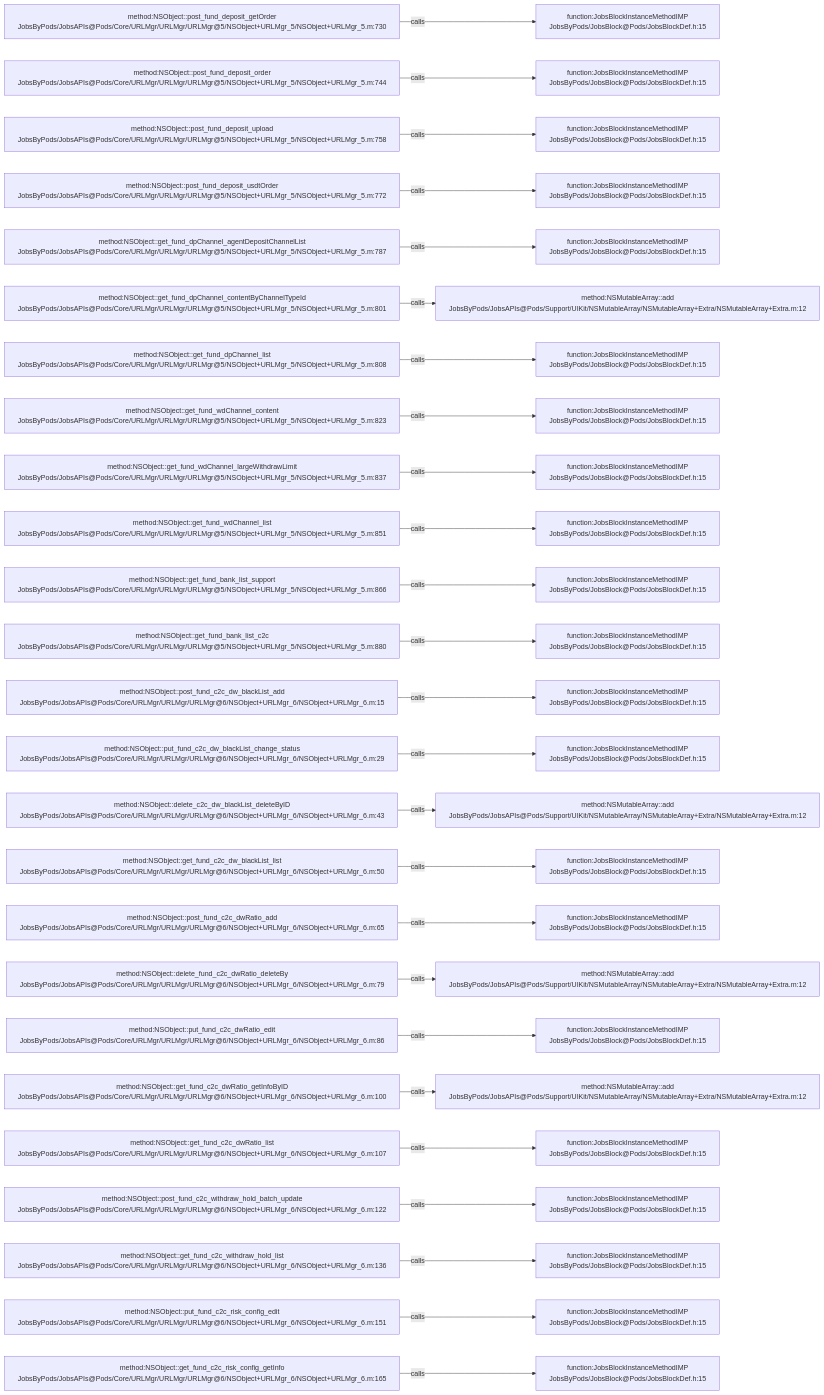
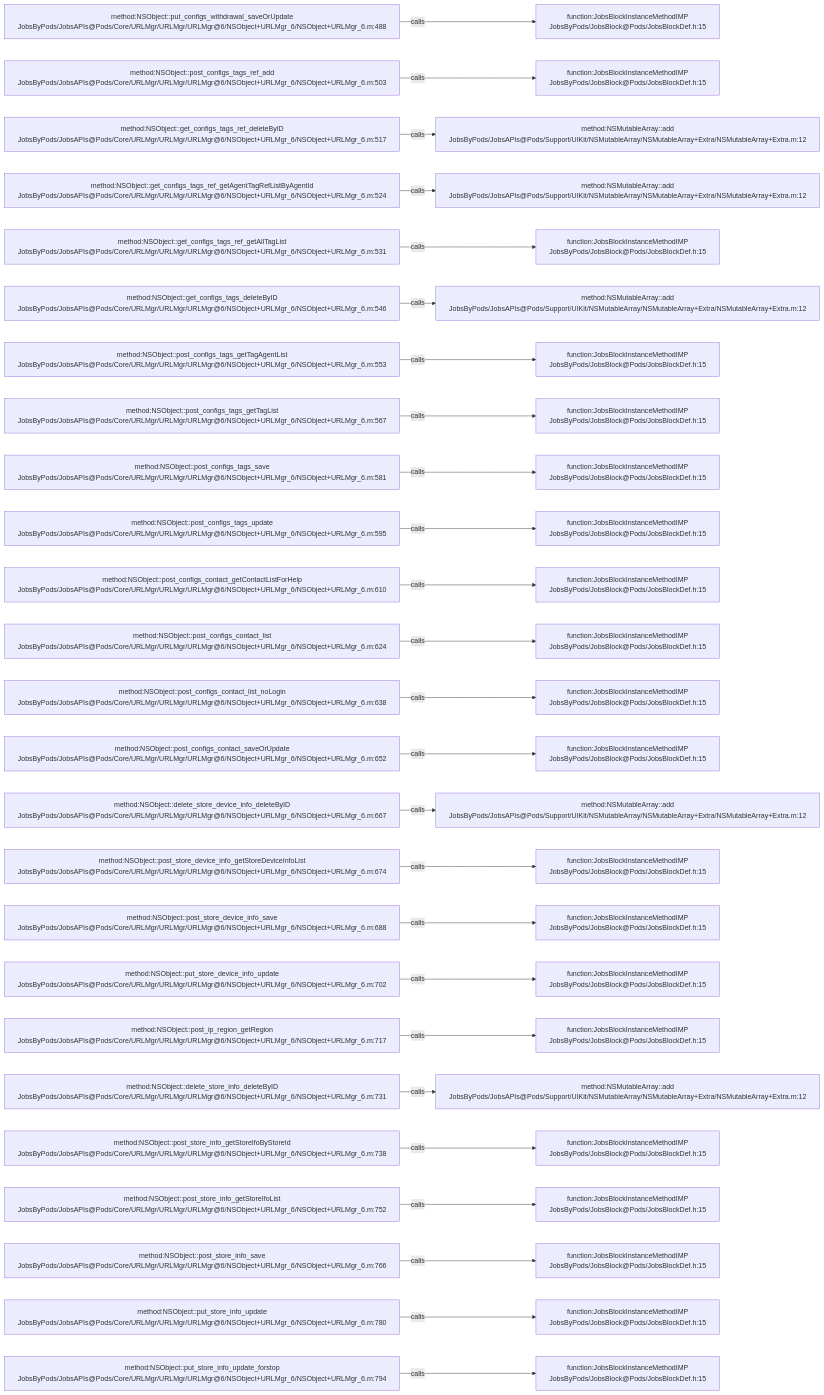
The diagram in .codegraph/codegraph.md/graphs/calls-066.md (JobsKits/JobsOCBaseConfigDemo), drawn with Mermaid before and after one commit. The commit also changed 223 other files, not shown here.

````diff
--- a/.codegraph/codegraph.md/graphs/calls-066.md
+++ b/.codegraph/codegraph.md/graphs/calls-066.md
@@ -13,78 +13,78 @@
 ```mermaid
 flowchart LR
-  S1["method:NSObject::post_fund_deposit_getOrder<br/>JobsByPods/JobsAPIs@Pods/Core/URLMgr/URLMgr/URLMgr@5/NSObject+URLMgr_5/NSObject+URLMgr_5.m:730"]
+  S1["method:NSObject::put_configs_withdrawal_saveOrUpdate<br/>JobsByPods/JobsAPIs@Pods/Core/URLMgr/URLMgr/URLMgr@6/NSObject+URLMgr_6/NSObject+URLMgr_6.m:488"]
   T1["function:JobsBlockInstanceMethodIMP<br/>JobsByPods/JobsBlock@Pods/JobsBlockDef.h:15"]
   S1 -->|calls| T1
-  S2["method:NSObject::post_fund_deposit_order<br/>JobsByPods/JobsAPIs@Pods/Core/URLMgr/URLMgr/URLMgr@5/NSObject+URLMgr_5/NSObject+URLMgr_5.m:744"]
+  S2["method:NSObject::post_configs_tags_ref_add<br/>JobsByPods/JobsAPIs@Pods/Core/URLMgr/URLMgr/URLMgr@6/NSObject+URLMgr_6/NSObject+URLMgr_6.m:503"]
   T2["function:JobsBlockInstanceMethodIMP<br/>JobsByPods/JobsBlock@Pods/JobsBlockDef.h:15"]
   S2 -->|calls| T2
-  S3["method:NSObject::post_fund_deposit_upload<br/>JobsByPods/JobsAPIs@Pods/Core/URLMgr/URLMgr/URLMgr@5/NSObject+URLMgr_5/NSObject+URLMgr_5.m:758"]
-  T3["function:JobsBlockInstanceMethodIMP<br/>JobsByPods/JobsBlock@Pods/JobsBlockDef.h:15"]
+  S3["method:NSObject::get_configs_tags_ref_deleteByID<br/>JobsByPods/JobsAPIs@Pods/Core/URLMgr/URLMgr/URLMgr@6/NSObject+URLMgr_6/NSObject+URLMgr_6.m:517"]
+  T3["method:NSMutableArray::add<br/>JobsByPods/JobsAPIs@Pods/Support/UIKit/NSMutableArray/NSMutableArray+Extra/NSMutableArray+Extra.m:12"]
   S3 -->|calls| T3
-  S4["method:NSObject::post_fund_deposit_usdtOrder<br/>JobsByPods/JobsAPIs@Pods/Core/URLMgr/URLMgr/URLMgr@5/NSObject+URLMgr_5/NSObject+URLMgr_5.m:772"]
-  T4["function:JobsBlockInstanceMethodIMP<br/>JobsByPods/JobsBlock@Pods/JobsBlockDef.h:15"]
+  S4["method:NSObject::get_configs_tags_ref_getAgentTagRefListByAgentId<br/>JobsByPods/JobsAPIs@Pods/Core/URLMgr/URLMgr/URLMgr@6/NSObject+URLMgr_6/NSObject+URLMgr_6.m:524"]
+  T4["method:NSMutableArray::add<br/>JobsByPods/JobsAPIs@Pods/Support/UIKit/NSMutableArray/NSMutableArray+Extra/NSMutableArray+Extra.m:12"]
   S4 -->|calls| T4
-  S5["method:NSObject::get_fund_dpChannel_agentDepositChannelList<br/>JobsByPods/JobsAPIs@Pods/Core/URLMgr/URLMgr/URLMgr@5/NSObject+URLMgr_5/NSObject+URLMgr_5.m:787"]
+  S5["method:NSObject::get_configs_tags_ref_getAllTagList<br/>JobsByPods/JobsAPIs@Pods/Core/URLMgr/URLMgr/URLMgr@6/NSObject+URLMgr_6/NSObject+URLMgr_6.m:531"]
   T5["function:JobsBlockInstanceMethodIMP<br/>JobsByPods/JobsBlock@Pods/JobsBlockDef.h:15"]
   S5 -->|calls| T5
-  S6["method:NSObject::get_fund_dpChannel_contentByChannelTypeId<br/>JobsByPods/JobsAPIs@Pods/Core/URLMgr/URLMgr/URLMgr@5/NSObject+URLMgr_5/NSObject+URLMgr_5.m:801"]
+  S6["method:NSObject::get_configs_tags_deleteByID<br/>JobsByPods/JobsAPIs@Pods/Core/URLMgr/URLMgr/URLMgr@6/NSObject+URLMgr_6/NSObject+URLMgr_6.m:546"]
   T6["method:NSMutableArray::add<br/>JobsByPods/JobsAPIs@Pods/Support/UIKit/NSMutableArray/NSMutableArray+Extra/NSMutableArray+Extra.m:12"]
   S6 -->|calls| T6
-  S7["method:NSObject::get_fund_dpChannel_list<br/>JobsByPods/JobsAPIs@Pods/Core/URLMgr/URLMgr/URLMgr@5/NSObject+URLMgr_5/NSObject+URLMgr_5.m:808"]
+  S7["method:NSObject::post_configs_tags_getTagAgentList<br/>JobsByPods/JobsAPIs@Pods/Core/URLMgr/URLMgr/URLMgr@6/NSObject+URLMgr_6/NSObject+URLMgr_6.m:553"]
   T7["function:JobsBlockInstanceMethodIMP<br/>JobsByPods/JobsBlock@Pods/JobsBlockDef.h:15"]
   S7 -->|calls| T7
-  S8["method:NSObject::get_fund_wdChannel_content<br/>JobsByPods/JobsAPIs@Pods/Core/URLMgr/URLMgr/URLMgr@5/NSObject+URLMgr_5/NSObject+URLMgr_5.m:823"]
+  S8["method:NSObject::post_configs_tags_getTagList<br/>JobsByPods/JobsAPIs@Pods/Core/URLMgr/URLMgr/URLMgr@6/NSObject+URLMgr_6/NSObject+URLMgr_6.m:567"]
   T8["function:JobsBlockInstanceMethodIMP<br/>JobsByPods/JobsBlock@Pods/JobsBlockDef.h:15"]
   S8 -->|calls| T8
-  S9["method:NSObject::get_fund_wdChannel_largeWithdrawLimit<br/>JobsByPods/JobsAPIs@Pods/Core/URLMgr/URLMgr/URLMgr@5/NSObject+URLMgr_5/NSObject+URLMgr_5.m:837"]
+  S9["method:NSObject::post_configs_tags_save<br/>JobsByPods/JobsAPIs@Pods/Core/URLMgr/URLMgr/URLMgr@6/NSObject+URLMgr_6/NSObject+URLMgr_6.m:581"]
   T9["function:JobsBlockInstanceMethodIMP<br/>JobsByPods/JobsBlock@Pods/JobsBlockDef.h:15"]
   S9 -->|calls| T9
-  S10["method:NSObject::get_fund_wdChannel_list<br/>JobsByPods/JobsAPIs@Pods/Core/URLMgr/URLMgr/URLMgr@5/NSObject+URLMgr_5/NSObject+URLMgr_5.m:851"]
+  S10["method:NSObject::post_configs_tags_update<br/>JobsByPods/JobsAPIs@Pods/Core/URLMgr/URLMgr/URLMgr@6/NSObject+URLMgr_6/NSObject+URLMgr_6.m:595"]
   T10["function:JobsBlockInstanceMethodIMP<br/>JobsByPods/JobsBlock@Pods/JobsBlockDef.h:15"]
   S10 -->|calls| T10
-  S11["method:NSObject::get_fund_bank_list_support<br/>JobsByPods/JobsAPIs@Pods/Core/URLMgr/URLMgr/URLMgr@5/NSObject+URLMgr_5/NSObject+URLMgr_5.m:866"]
+  S11["method:NSObject::post_configs_contact_getContactListForHelp<br/>JobsByPods/JobsAPIs@Pods/Core/URLMgr/URLMgr/URLMgr@6/NSObject+URLMgr_6/NSObject+URLMgr_6.m:610"]
   T11["function:JobsBlockInstanceMethodIMP<br/>JobsByPods/JobsBlock@Pods/JobsBlockDef.h:15"]
   S11 -->|calls| T11
-  S12["method:NSObject::get_fund_bank_list_c2c<br/>JobsByPods/JobsAPIs@Pods/Core/URLMgr/URLMgr/URLMgr@5/NSObject+URLMgr_5/NSObject+URLMgr_5.m:880"]
+  S12["method:NSObject::post_configs_contact_list<br/>JobsByPods/JobsAPIs@Pods/Core/URLMgr/URLMgr/URLMgr@6/NSObject+URLMgr_6/NSObject+URLMgr_6.m:624"]
   T12["function:JobsBlockInstanceMethodIMP<br/>JobsByPods/JobsBlock@Pods/JobsBlockDef.h:15"]
   S12 -->|calls| T12
-  S13["method:NSObject::post_fund_c2c_dw_blackList_add<br/>JobsByPods/JobsAPIs@Pods/Core/URLMgr/URLMgr/URLMgr@6/NSObject+URLMgr_6/NSObject+URLMgr_6.m:15"]
+  S13["method:NSObject::post_configs_contact_list_noLogin<br/>JobsByPods/JobsAPIs@Pods/Core/URLMgr/URLMgr/URLMgr@6/NSObject+URLMgr_6/NSObject+URLMgr_6.m:638"]
   T13["function:JobsBlockInstanceMethodIMP<br/>JobsByPods/JobsBlock@Pods/JobsBlockDef.h:15"]
   S13 -->|calls| T13
-  S14["method:NSObject::put_fund_c2c_dw_blackList_change_status<br/>JobsByPods/JobsAPIs@Pods/Core/URLMgr/URLMgr/URLMgr@6/NSObject+URLMgr_6/NSObject+URLMgr_6.m:29"]
+  S14["method:NSObject::post_configs_contact_saveOrUpdate<br/>JobsByPods/JobsAPIs@Pods/Core/URLMgr/URLMgr/URLMgr@6/NSObject+URLMgr_6/NSObject+URLMgr_6.m:652"]
   T14["function:JobsBlockInstanceMethodIMP<br/>JobsByPods/JobsBlock@Pods/JobsBlockDef.h:15"]
   S14 -->|calls| T14
-  S15["method:NSObject::delete_c2c_dw_blackList_deleteByID<br/>JobsByPods/JobsAPIs@Pods/Core/URLMgr/URLMgr/URLMgr@6/NSObject+URLMgr_6/NSObject+URLMgr_6.m:43"]
+  S15["method:NSObject::delete_store_device_info_deleteByID<br/>JobsByPods/JobsAPIs@Pods/Core/URLMgr/URLMgr/URLMgr@6/NSObject+URLMgr_6/NSObject+URLMgr_6.m:667"]
   T15["method:NSMutableArray::add<br/>JobsByPods/JobsAPIs@Pods/Support/UIKit/NSMutableArray/NSMutableArray+Extra/NSMutableArray+Extra.m:12"]
   S15 -->|calls| T15
-  S16["method:NSObject::get_fund_c2c_dw_blackList_list<br/>JobsByPods/JobsAPIs@Pods/Core/URLMgr/URLMgr/URLMgr@6/NSObject+URLMgr_6/NSObject+URLMgr_6.m:50"]
+  S16["method:NSObject::post_store_device_info_getStoreDeviceInfoList<br/>JobsByPods/JobsAPIs@Pods/Core/URLMgr/URLMgr/URLMgr@6/NSObject+URLMgr_6/NSObject+URLMgr_6.m:674"]
   T16["function:JobsBlockInstanceMethodIMP<br/>JobsByPods/JobsBlock@Pods/JobsBlockDef.h:15"]
   S16 -->|calls| T16
-  S17["method:NSObject::post_fund_c2c_dwRatio_add<br/>JobsByPods/JobsAPIs@Pods/Core/URLMgr/URLMgr/URLMgr@6/NSObject+URLMgr_6/NSObject+URLMgr_6.m:65"]
+  S17["method:NSObject::post_store_device_info_save<br/>JobsByPods/JobsAPIs@Pods/Core/URLMgr/URLMgr/URLMgr@6/NSObject+URLMgr_6/NSObject+URLMgr_6.m:688"]
   T17["function:JobsBlockInstanceMethodIMP<br/>JobsByPods/JobsBlock@Pods/JobsBlockDef.h:15"]
   S17 -->|calls| T17
-  S18["method:NSObject::delete_fund_c2c_dwRatio_deleteBy<br/>JobsByPods/JobsAPIs@Pods/Core/URLMgr/URLMgr/URLMgr@6/NSObject+URLMgr_6/NSObject+URLMgr_6.m:79"]
-  T18["method:NSMutableArray::add<br/>JobsByPods/JobsAPIs@Pods/Support/UIKit/NSMutableArray/NSMutableArray+Extra/NSMutableArray+Extra.m:12"]
+  S18["method:NSObject::put_store_device_info_update<br/>JobsByPods/JobsAPIs@Pods/Core/URLMgr/URLMgr/URLMgr@6/NSObject+URLMgr_6/NSObject+URLMgr_6.m:702"]
+  T18["function:JobsBlockInstanceMethodIMP<br/>JobsByPods/JobsBlock@Pods/JobsBlockDef.h:15"]
   S18 -->|calls| T18
-  S19["method:NSObject::put_fund_c2c_dwRatio_edit<br/>JobsByPods/JobsAPIs@Pods/Core/URLMgr/URLMgr/URLMgr@6/NSObject+URLMgr_6/NSObject+URLMgr_6.m:86"]
+  S19["method:NSObject::post_ip_region_getRegion<br/>JobsByPods/JobsAPIs@Pods/Core/URLMgr/URLMgr/URLMgr@6/NSObject+URLMgr_6/NSObject+URLMgr_6.m:717"]
   T19["function:JobsBlockInstanceMethodIMP<br/>JobsByPods/JobsBlock@Pods/JobsBlockDef.h:15"]
   S19 -->|calls| T19
-  S20["method:NSObject::get_fund_c2c_dwRatio_getInfoByID<br/>JobsByPods/JobsAPIs@Pods/Core/URLMgr/URLMgr/URLMgr@6/NSObject+URLMgr_6/NSObject+URLMgr_6.m:100"]
+  S20["method:NSObject::delete_store_info_deleteByID<br/>JobsByPods/JobsAPIs@Pods/Core/URLMgr/URLMgr/URLMgr@6/NSObject+URLMgr_6/NSObject+URLMgr_6.m:731"]
   T20["method:NSMutableArray::add<br/>JobsByPods/JobsAPIs@Pods/Support/UIKit/NSMutableArray/NSMutableArray+Extra/NSMutableArray+Extra.m:12"]
   S20 -->|calls| T20
-  S21["method:NSObject::get_fund_c2c_dwRatio_list<br/>JobsByPods/JobsAPIs@Pods/Core/URLMgr/URLMgr/URLMgr@6/NSObject+URLMgr_6/NSObject+URLMgr_6.m:107"]
+  S21["method:NSObject::post_store_info_getStoreIfoByStoreId<br/>JobsByPods/JobsAPIs@Pods/Core/URLMgr/URLMgr/URLMgr@6/NSObject+URLMgr_6/NSObject+URLMgr_6.m:738"]
   T21["function:JobsBlockInstanceMethodIMP<br/>JobsByPods/JobsBlock@Pods/JobsBlockDef.h:15"]
   S21 -->|calls| T21
-  S22["method:NSObject::post_fund_c2c_withdraw_hold_batch_update<br/>JobsByPods/JobsAPIs@Pods/Core/URLMgr/URLMgr/URLMgr@6/NSObject+URLMgr_6/NSObject+URLMgr_6.m:122"]
+  S22["method:NSObject::post_store_info_getStoreIfoList<br/>JobsByPods/JobsAPIs@Pods/Core/URLMgr/URLMgr/URLMgr@6/NSObject+URLMgr_6/NSObject+URLMgr_6.m:752"]
   T22["function:JobsBlockInstanceMethodIMP<br/>JobsByPods/JobsBlock@Pods/JobsBlockDef.h:15"]
   S22 -->|calls| T22
-  S23["method:NSObject::get_fund_c2c_withdraw_hold_list<br/>JobsByPods/JobsAPIs@Pods/Core/URLMgr/URLMgr/URLMgr@6/NSObject+URLMgr_6/NSObject+URLMgr_6.m:136"]
+  S23["method:NSObject::post_store_info_save<br/>JobsByPods/JobsAPIs@Pods/Core/URLMgr/URLMgr/URLMgr@6/NSObject+URLMgr_6/NSObject+URLMgr_6.m:766"]
   T23["function:JobsBlockInstanceMethodIMP<br/>JobsByPods/JobsBlock@Pods/JobsBlockDef.h:15"]
   S23 -->|calls| T23
-  S24["method:NSObject::put_fund_c2c_risk_config_edit<br/>JobsByPods/JobsAPIs@Pods/Core/URLMgr/URLMgr/URLMgr@6/NSObject+URLMgr_6/NSObject+URLMgr_6.m:151"]
+  S24["method:NSObject::put_store_info_update<br/>JobsByPods/JobsAPIs@Pods/Core/URLMgr/URLMgr/URLMgr@6/NSObject+URLMgr_6/NSObject+URLMgr_6.m:780"]
   T24["function:JobsBlockInstanceMethodIMP<br/>JobsByPods/JobsBlock@Pods/JobsBlockDef.h:15"]
   S24 -->|calls| T24
-  S25["method:NSObject::get_fund_c2c_risk_config_getInfo<br/>JobsByPods/JobsAPIs@Pods/Core/URLMgr/URLMgr/URLMgr@6/NSObject+URLMgr_6/NSObject+URLMgr_6.m:165"]
+  S25["method:NSObject::put_store_info_update_forstop<br/>JobsByPods/JobsAPIs@Pods/Core/URLMgr/URLMgr/URLMgr@6/NSObject+URLMgr_6/NSObject+URLMgr_6.m:794"]
   T25["function:JobsBlockInstanceMethodIMP<br/>JobsByPods/JobsBlock@Pods/JobsBlockDef.h:15"]
   S25 -->|calls| T25
 ```
````
